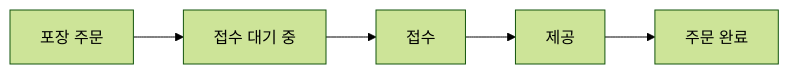
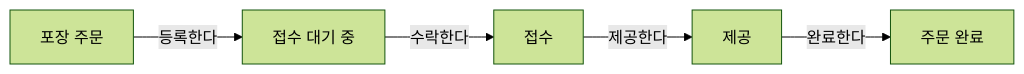
One commit to wsdf25867/ddd-strategic-design changed the second of 3 diagrams in README.md. Above: the diagram before and after it, drawn with Mermaid (forest theme). The commit also changed other lines of this file, not shown here.

````diff
--- a/README.md
+++ b/README.md
@@ -257,4 +258,4 @@
 ```mermaid
 flowchart LR
-    deliveryOrder[포장 주문] --> waiting[접수 대기 중] --> accepted[접수] --> served[제공] --> completed[주문 완료]
+    togoOrder[포장 주문] -- 등록한다 --> waiting[접수 대기 중] -- 수락한다 --> accepted[접수] -- 제공한다 --> served[제공] -- 완료한다 --> completed[주문 완료]
 ```
````
